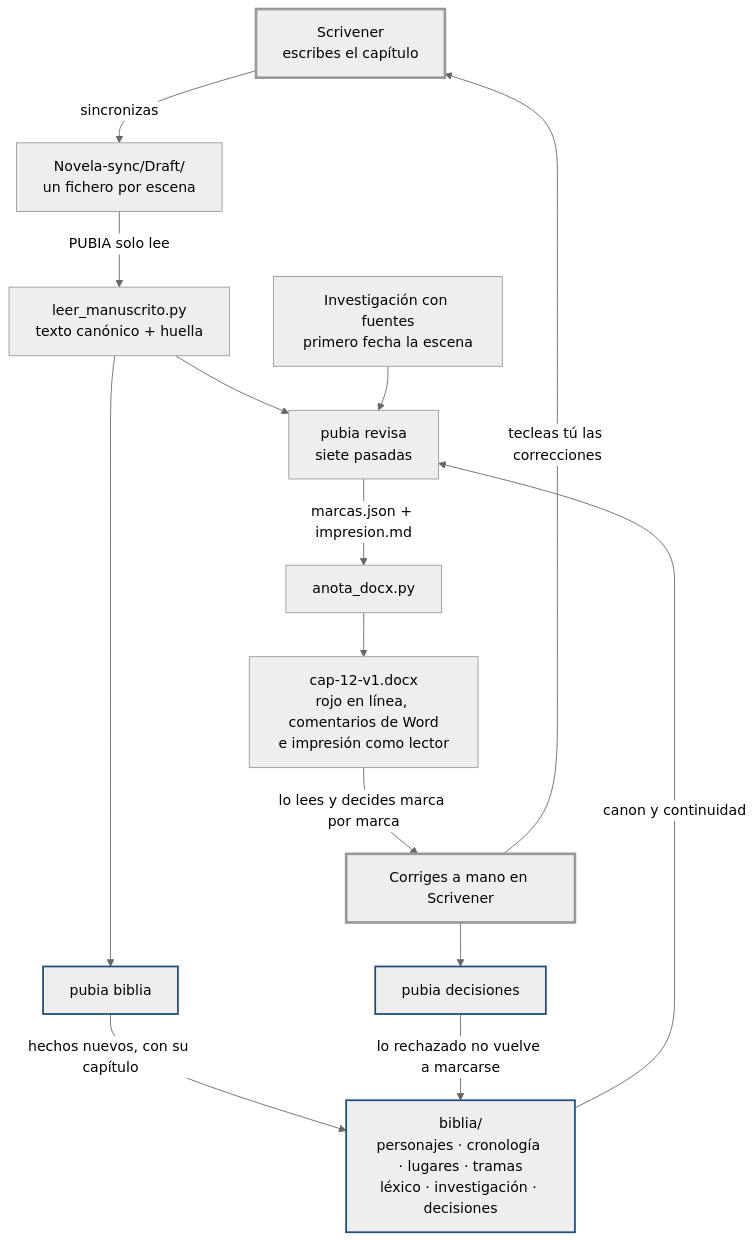
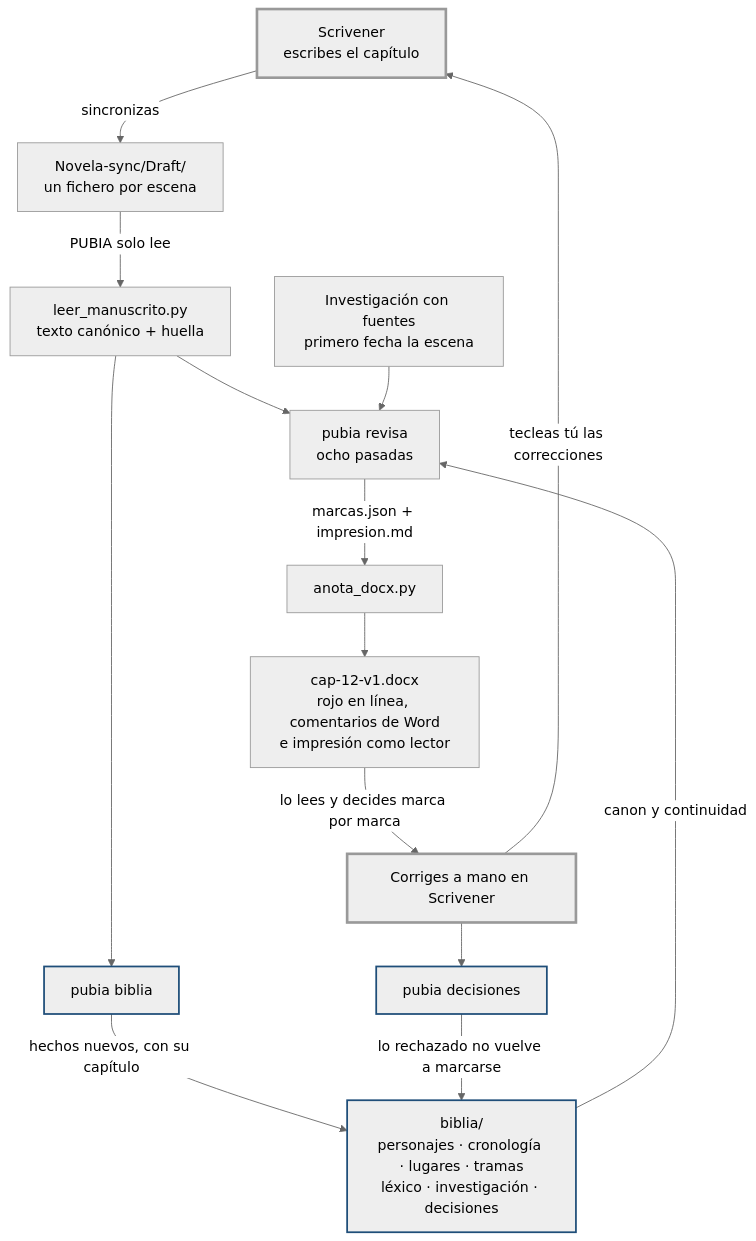
The diagram in README.md (grananda/pubia), drawn with Mermaid (neutral theme) before and after one commit. The commit also changed other lines of this file and 9 other files, not shown here.

````diff
--- a/README.md
+++ b/README.md
@@ -36,33 +36,33 @@
 ```mermaid
 flowchart TD
     S["Scrivener<br/>escribes el capítulo"]
     D["Novela-sync/Draft/<br/>un fichero por escena"]
     L["leer_manuscrito.py<br/>texto canónico + huella"]
-    R["pubia revisa<br/>siete pasadas"]
+    R["pubia revisa<br/>ocho pasadas"]
     I["Investigación con fuentes<br/>primero fecha la escena"]
     A["anota_docx.py"]
     X["cap-12-v1.docx<br/>rojo en línea, comentarios de Word<br/>e impresión como lector"]
     C["Corriges a mano en Scrivener"]
     BI["pubia biblia"]
     B["biblia/<br/>personajes · cronología · lugares · tramas<br/>léxico · investigación · decisiones"]
     DE["pubia decisiones"]
 
     S -->|"sincronizas"| D
     D -->|"PUBIA solo lee"| L
     L --> R
     L --> BI
     BI -->|"hechos nuevos, con su capítulo"| B
     B -->|"canon y continuidad"| R
     I --> R
     R -->|"marcas.json + impresion.md"| A
     A --> X
     X -->|"lo lees y decides marca por marca"| C
     C -->|"tecleas tú las correcciones"| S
     C --> DE
     DE -->|"lo rechazado no vuelve a marcarse"| B
 
     classDef tuyo stroke-width:3px
     classDef memoria stroke:#1F4E79,stroke-width:2px
     class S,C tuyo
     class B,BI,DE memoria
 ```
````
